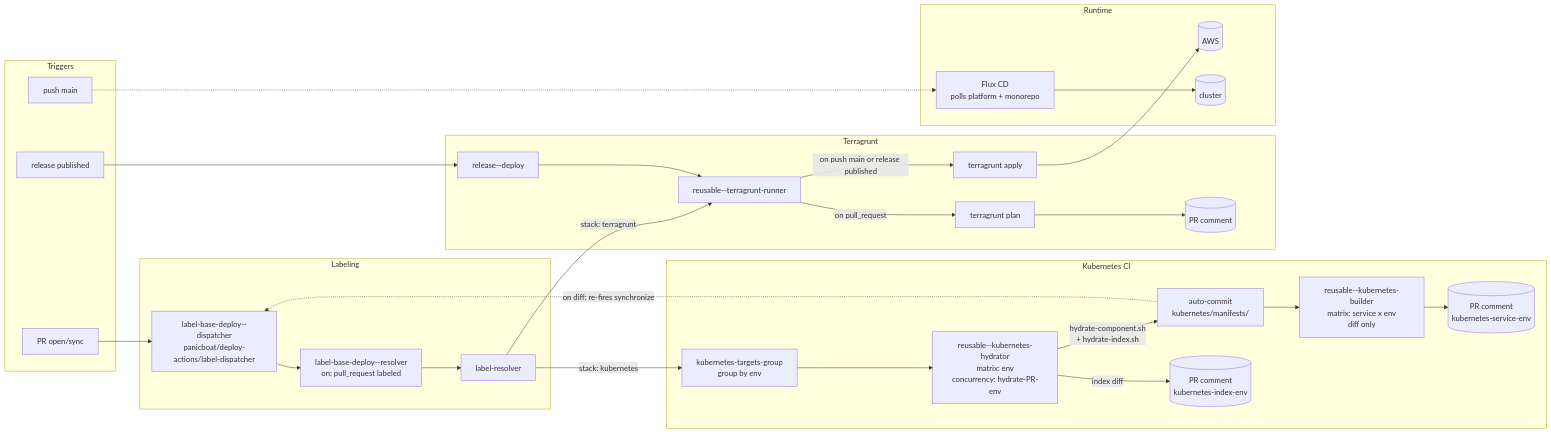
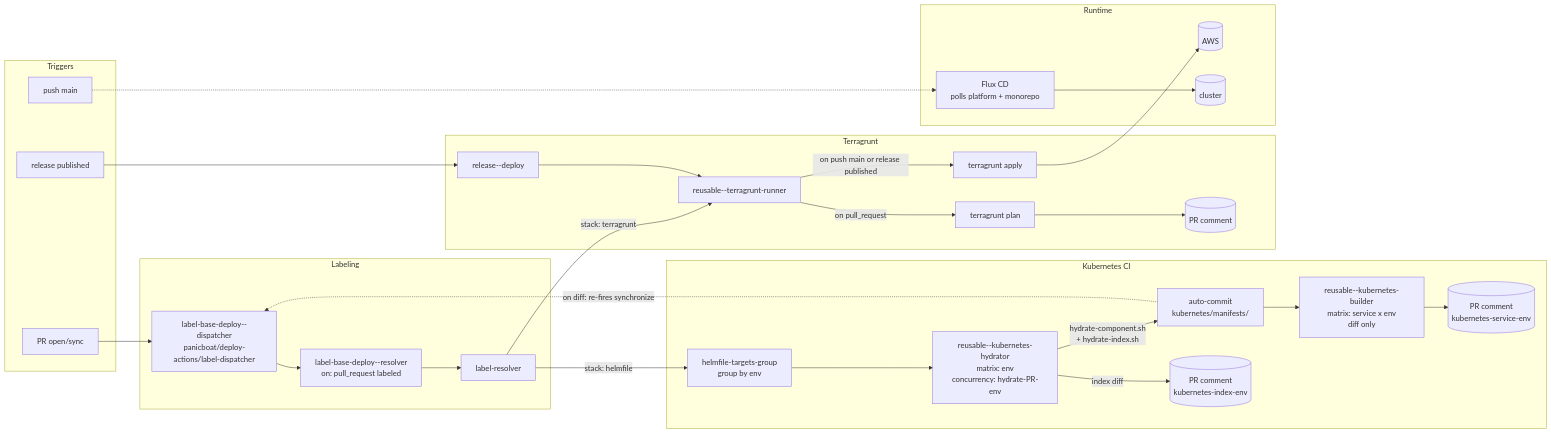
Before and after one commit to panicboat/platform: the diagram in README-ja.md, drawn with Mermaid. The commit also changed other lines of this file and 35 other files, not shown here.

````diff
--- a/README-ja.md
+++ b/README-ja.md
@@ -80,57 +80,57 @@
 ```mermaid
 flowchart LR
   subgraph Triggers
     PRevent[PR open/sync]
     Mainpush[push main]
     Release[release published]
   end
 
   subgraph Labeling
     Dispatcher[label-base-deploy--dispatcher<br/>panicboat/deploy-actions/label-dispatcher]
     Trigger[label-base-deploy--resolver<br/>on: pull_request labeled]
     Resolver[label-resolver]
   end
 
   subgraph KubernetesCI [Kubernetes CI]
-    Group[kubernetes-targets-group<br/>group by env]
+    Group[helmfile-targets-group<br/>group by env]
     Hydrator[reusable--kubernetes-hydrator<br/>matrix: env<br/>concurrency: hydrate-PR-env]
     Commit[auto-commit<br/>kubernetes/manifests/]
     Builder[reusable--kubernetes-builder<br/>matrix: service x env<br/>diff only]
     IndexComment[(PR comment<br/>kubernetes-index-env)]
     CompComment[(PR comment<br/>kubernetes-service-env)]
   end
 
   subgraph Terragrunt
     ReleaseTrigger[release--deploy]
     TG[reusable--terragrunt-runner]
     Plan[terragrunt plan]
     Apply[terragrunt apply]
     PRComment[(PR comment)]
   end
 
   subgraph Runtime
     AWS[(AWS)]
     FluxCD[Flux CD<br/>polls platform + monorepo]
     Cluster[(cluster)]
   end
 
   PRevent --> Dispatcher
   Dispatcher --> Trigger
   Trigger --> Resolver
   Resolver -->|stack: terragrunt| TG
   Release --> ReleaseTrigger
   ReleaseTrigger --> TG
   TG -->|on pull_request| Plan
   TG -->|on push main or release published| Apply
   Plan --> PRComment
   Apply --> AWS
-  Resolver -->|stack: kubernetes| Group
+  Resolver -->|stack: helmfile| Group
   Group --> Hydrator
   Hydrator -->|hydrate-component.sh<br/>+ hydrate-index.sh| Commit
   Hydrator -->|index diff| IndexComment
   Commit --> Builder
   Builder --> CompComment
   Mainpush -.-> FluxCD
   FluxCD --> Cluster
   Commit -.->|on diff: re-fires synchronize| Dispatcher
 ```
````
